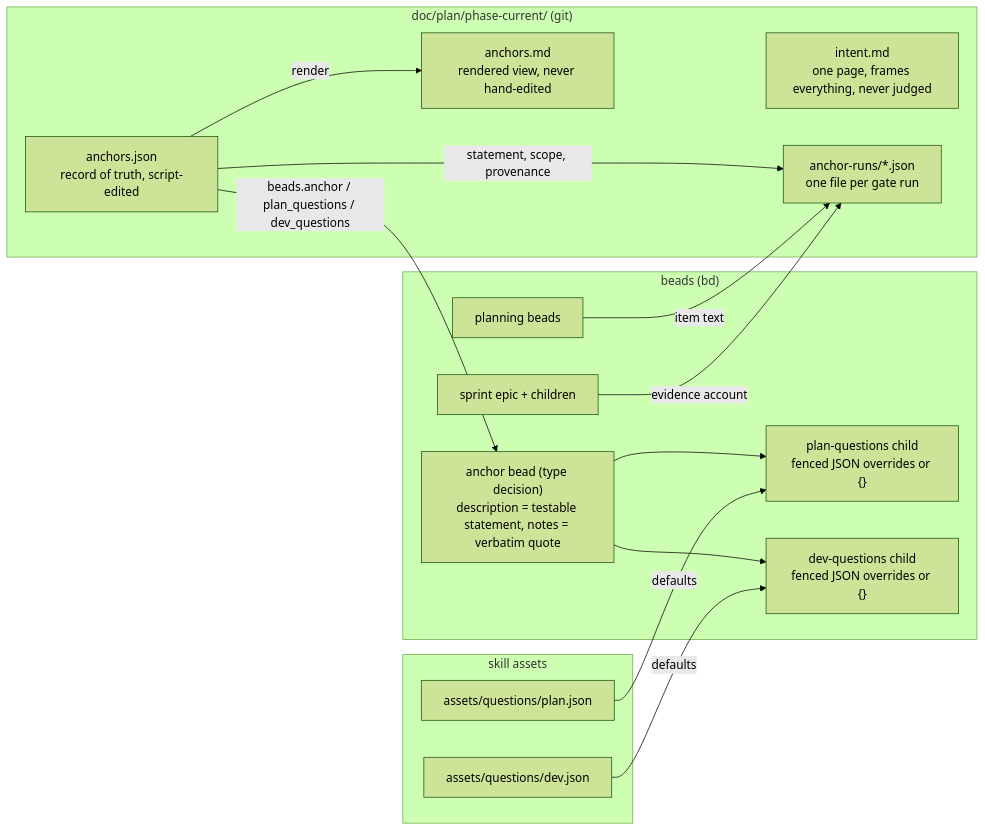
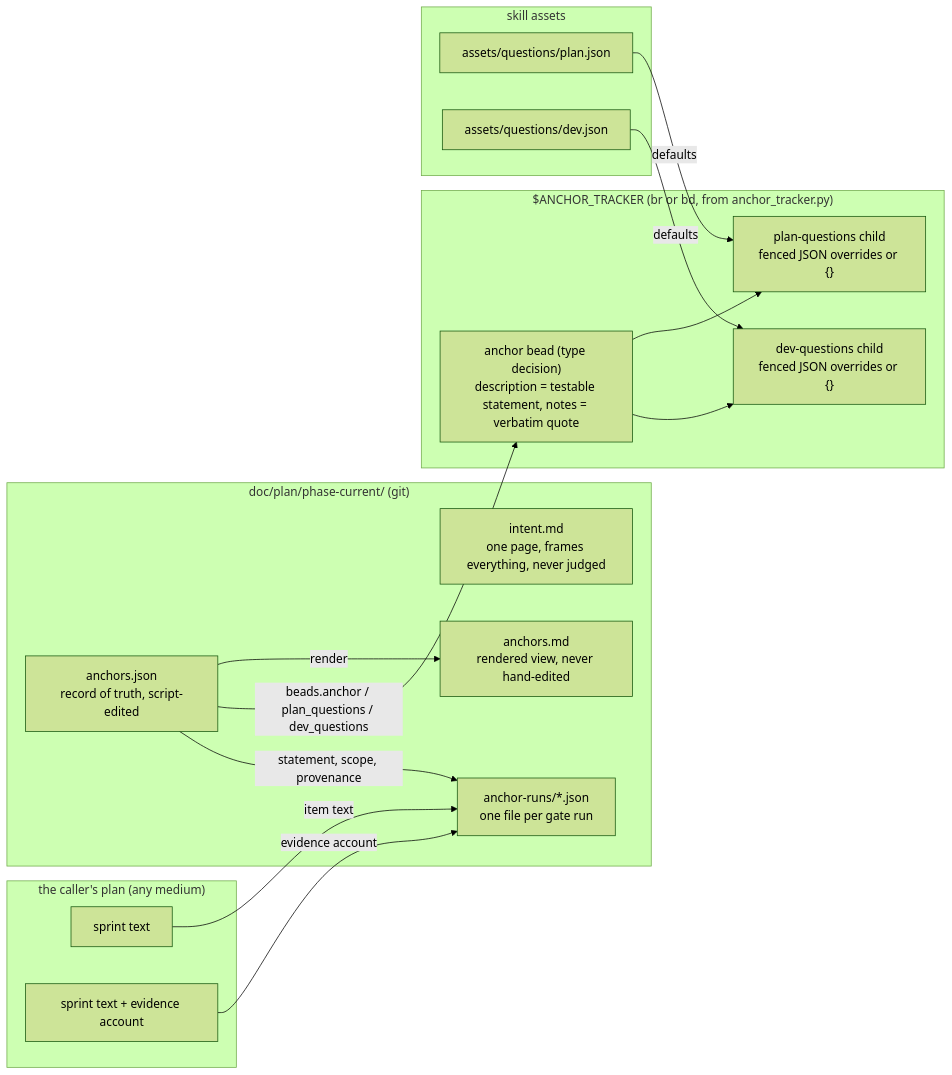
One commit to randlee/plan-anchor changed the first of 6 diagrams in docs/design/data-model-and-gating.md. Above: the diagram before and after it, drawn with Mermaid (forest theme). The commit also changed other lines of this file and 4 other files, not shown here.

````diff
--- a/docs/design/data-model-and-gating.md
+++ b/docs/design/data-model-and-gating.md
@@ -7,29 +7,31 @@
 ```mermaid
 flowchart LR
     subgraph Plan["doc/plan/phase-current/ (git)"]
         Intent["intent.md<br/>one page, frames everything, never judged"]
         Rec["anchors.json<br/>record of truth, script-edited"]
         Md["anchors.md<br/>rendered view, never hand-edited"]
         Runs["anchor-runs/*.json<br/>one file per gate run"]
     end
-    subgraph Beads["beads (bd)"]
+    subgraph Beads["$ANCHOR_TRACKER (br or bd, from anchor_tracker.py)"]
         AB["anchor bead (type decision)<br/>description = testable statement, notes = verbatim quote"]
         PQ["plan-questions child<br/>fenced JSON overrides or {}"]
         DQ["dev-questions child<br/>fenced JSON overrides or {}"]
-        PB["planning beads"]
-        SB["sprint epic + children"]
+    end
+    subgraph Caller["the caller's plan (any medium)"]
+        PB["sprint text"]
+        SB["sprint text + evidence account"]
     end
     subgraph SkillAssets["skill assets"]
         QP["assets/questions/plan.json"]
         QD["assets/questions/dev.json"]
     end
     Rec -- "render" --> Md
     Rec -- "beads.anchor / plan_questions / dev_questions" --> AB
     AB --> PQ
     AB --> DQ
     QP -- "defaults" --> PQ
     QD -- "defaults" --> DQ
     PB -- "item text" --> Runs
     SB -- "evidence account" --> Runs
     Rec -- "statement, scope, provenance" --> Runs
 ```
````
